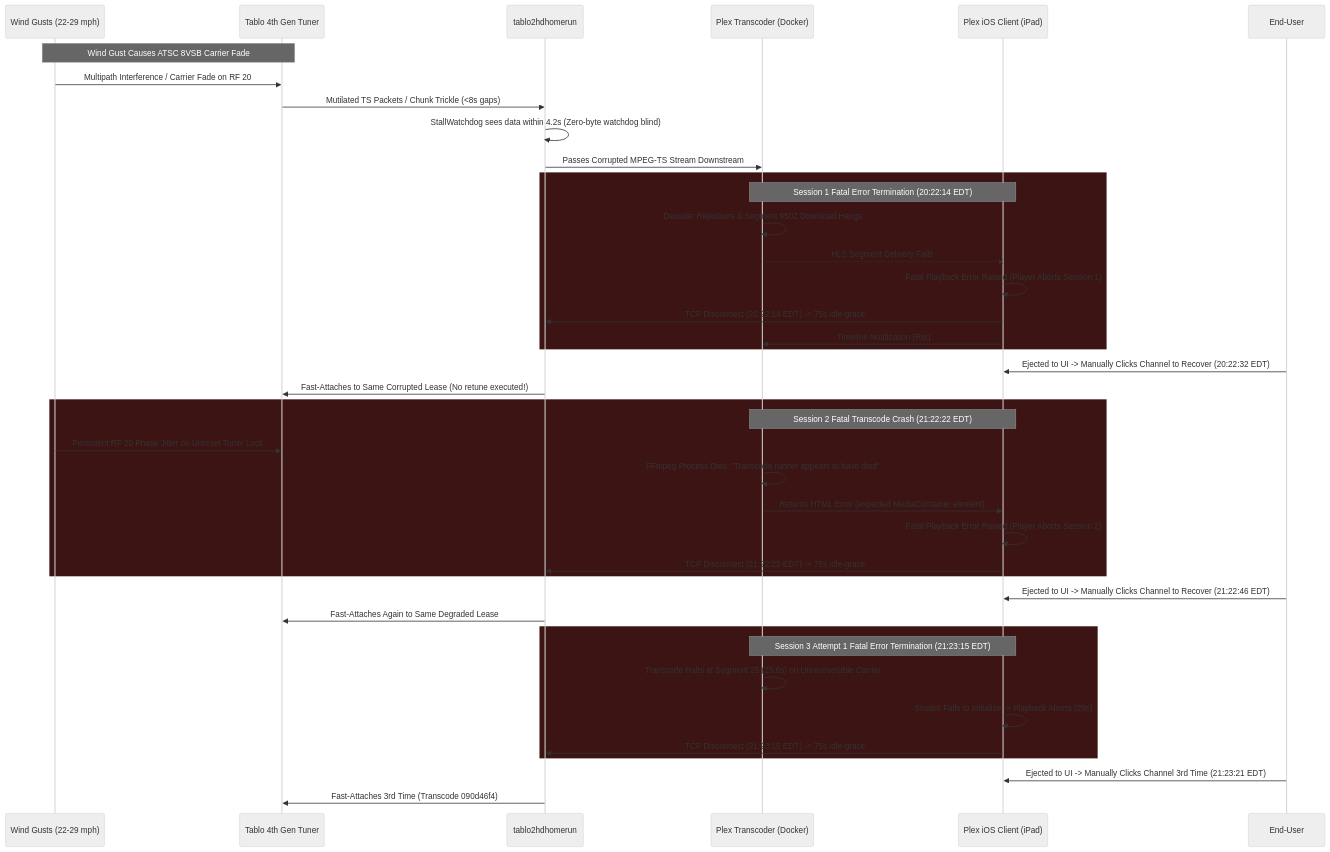
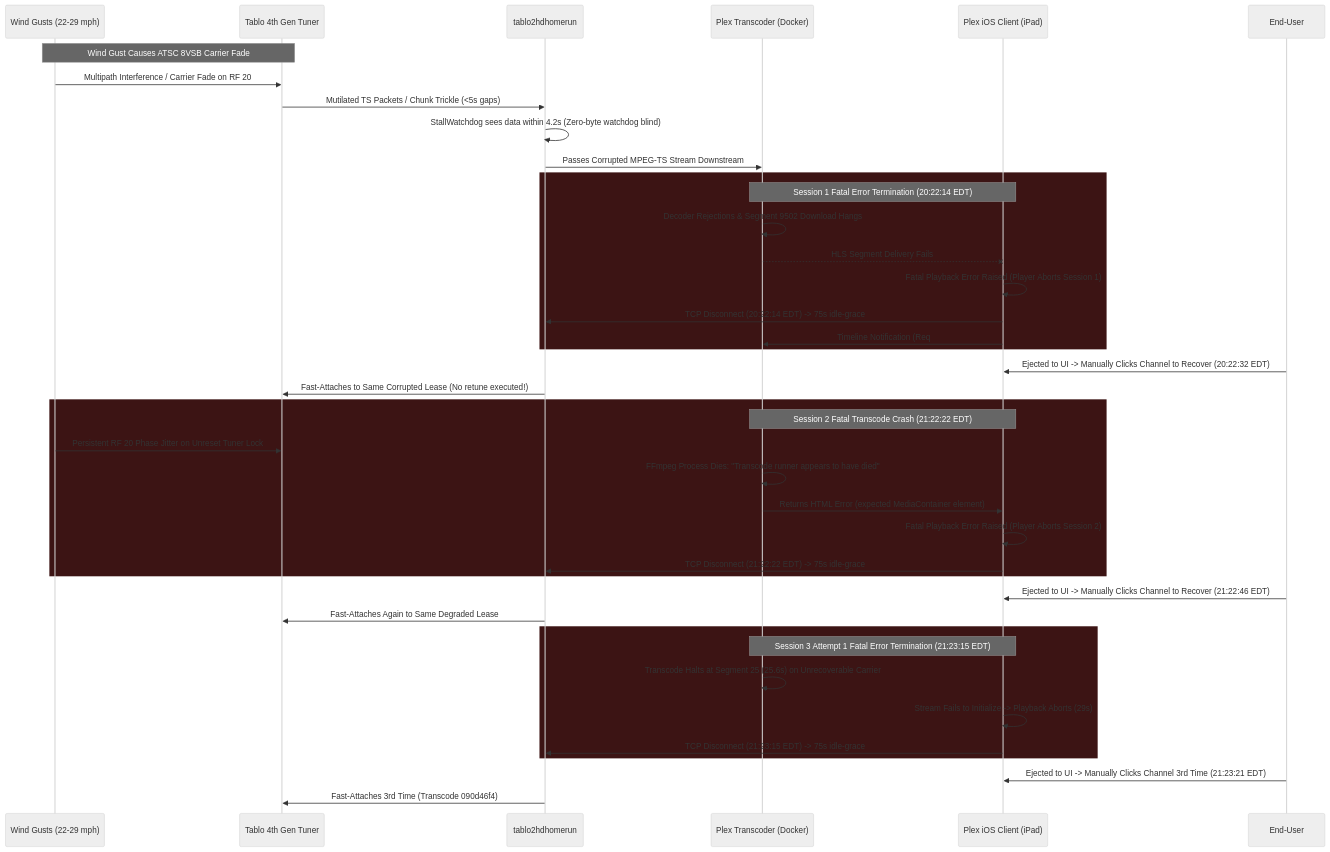
One commit to bdina/tablo2hdhomerun changed the diagram in docs/playback-failure-scenarios/2026.10.13_0.scenario.md. Above: the diagram before and after it, drawn with Mermaid (neutral theme). The commit also changed other lines of this file and 6 other files, not shown here.

````diff
--- a/docs/playback-failure-scenarios/2026.10.13_0.scenario.md
+++ b/docs/playback-failure-scenarios/2026.10.13_0.scenario.md
@@ -170,49 +170,49 @@
 ```mermaid
 sequenceDiagram
     participant Wind as Wind Gusts (22-29 mph)
     participant Tablo as Tablo 4th Gen Tuner
     participant Proxy as tablo2hdhomerun
     participant Plex as Plex Transcoder (Docker)
     participant Client as Plex iOS Client (iPad)
     participant User as End-User
 
     Note over Wind,Tablo: Wind Gust Causes ATSC 8VSB Carrier Fade
     Wind->>Tablo: Multipath Interference / Carrier Fade on RF 20
-    Tablo->>Proxy: Mutilated TS Packets / Chunk Trickle (<8s gaps)
+    Tablo->>Proxy: Mutilated TS Packets / Chunk Trickle (<5s gaps)
     Proxy->>Proxy: StallWatchdog sees data within 4.2s (Zero-byte watchdog blind)
     Proxy->>Plex: Passes Corrupted MPEG-TS Stream Downstream
     
     rect rgb(60, 20, 20)
     Note over Plex,Client: Session 1 Fatal Error Termination (20:22:14 EDT)
     Plex->>Plex: Decoder Rejections & Segment 9502 Download Hangs
     Plex--xClient: HLS Segment Delivery Fails
     Client->>Client: Fatal Playback Error Raised (Player Aborts Session 1)
     Client->>Proxy: TCP Disconnect (20:22:14 EDT) -> 75s idle-grace
     Client->>Plex: Timeline Notification (Req#43581 at 20:22:23 EDT)
     end
     
     User->>Client: Ejected to UI -> Manually Clicks Channel to Recover (20:22:32 EDT)
     Proxy->>Tablo: Fast-Attaches to Same Corrupted Lease (No retune executed!)
     
     rect rgb(60, 20, 20)
     Note over Plex,Client: Session 2 Fatal Transcode Crash (21:22:22 EDT)
     Wind->>Tablo: Persistent RF 20 Phase Jitter on Unreset Tuner Lock
     Plex->>Plex: FFmpeg Process Dies: "Transcode runner appears to have died"
     Plex->>Client: Returns HTML Error (expected MediaContainer element)
     Client->>Client: Fatal Playback Error Raised (Player Aborts Session 2)
     Client->>Proxy: TCP Disconnect (21:22:22 EDT) -> 75s idle-grace
     end
     
     User->>Client: Ejected to UI -> Manually Clicks Channel to Recover (21:22:46 EDT)
     Proxy->>Tablo: Fast-Attaches Again to Same Degraded Lease
     
     rect rgb(60, 20, 20)
     Note over Plex,Client: Session 3 Attempt 1 Fatal Error Termination (21:23:15 EDT)
     Plex->>Plex: Transcode Halts at Segment 25 (25.6s) on Unrecoverable Carrier
     Client->>Client: Stream Fails to Initialize -> Playback Aborts (29s)
     Client->>Proxy: TCP Disconnect (21:23:15 EDT) -> 75s idle-grace
     end
     
     User->>Client: Ejected to UI -> Manually Clicks Channel 3rd Time (21:23:21 EDT)
     Proxy->>Tablo: Fast-Attaches 3rd Time (Transcode 090d46f4)
 ```
````
